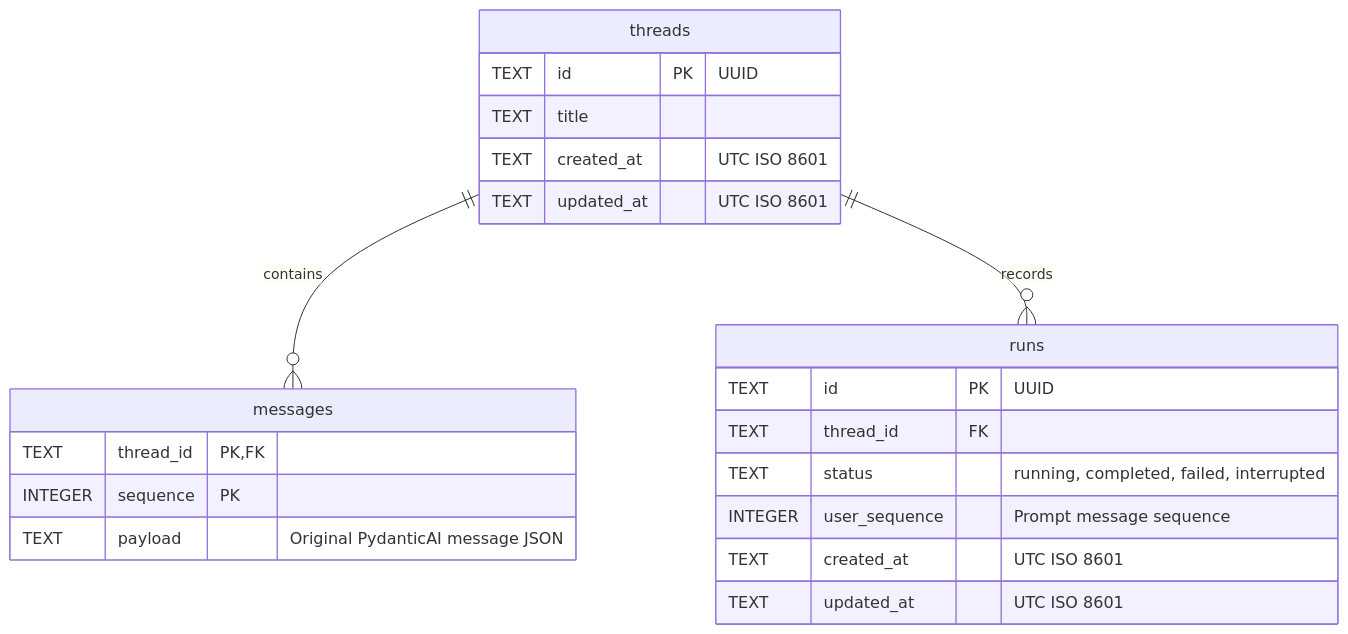
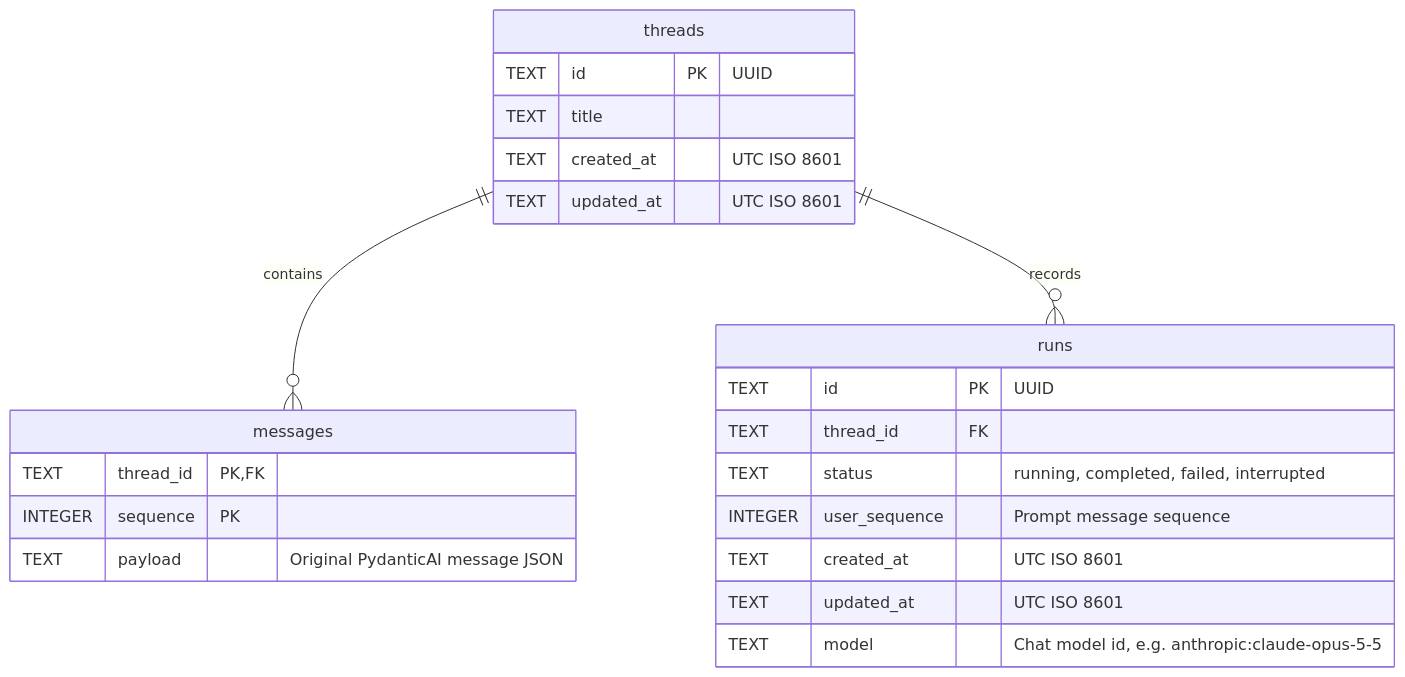
Before and after one commit to atorma/training-ai: the first of 5 diagrams in docs/data-model.md, drawn with Mermaid. The commit also changed other lines of this file and 31 other files, not shown here.

First line of the commit message:
Implement chat model selection

````diff
--- a/docs/data-model.md
+++ b/docs/data-model.md
@@ -9,25 +9,26 @@
 ```mermaid
 erDiagram
     threads ||--o{ messages : contains
     threads ||--o{ runs : records
 
     threads {
         TEXT id PK "UUID"
         TEXT title
         TEXT created_at "UTC ISO 8601"
         TEXT updated_at "UTC ISO 8601"
     }
     messages {
         TEXT thread_id PK,FK
         INTEGER sequence PK
         TEXT payload "Original PydanticAI message JSON"
     }
     runs {
         TEXT id PK "UUID"
         TEXT thread_id FK
         TEXT status "running, completed, failed, interrupted"
         INTEGER user_sequence "Prompt message sequence"
         TEXT created_at "UTC ISO 8601"
         TEXT updated_at "UTC ISO 8601"
+        TEXT model "Chat model id, e.g. anthropic:claude-opus-5-5"
     }
 ```
````
